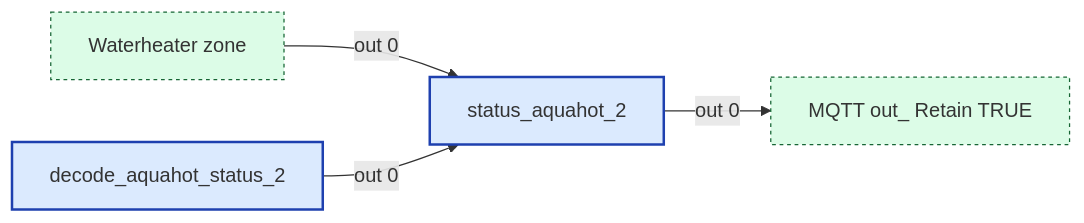
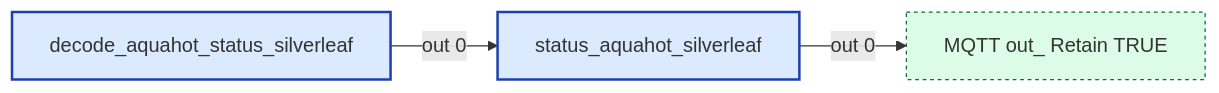
The fifth of 5 diagrams in src/wiring/aquahot.md (Backroads4Me/librecoach-node-red), drawn with Mermaid before and after one commit. The commit also changed other lines of this file and 5 other files, not shown here.

````diff
--- a/src/wiring/aquahot.md
+++ b/src/wiring/aquahot.md
@@ -174,16 +196,14 @@
 ```mermaid
 flowchart LR
   classDef fn fill:#dbeafe,stroke:#1e40af,stroke-width:2px
   classDef ui fill:#ede9fe,stroke:#5b21b6,stroke-width:2px
   classDef sub fill:#fef3c7,stroke:#92400e,stroke-width:2px
   classDef link fill:#dcfce7,stroke:#166534,stroke-width:1px,stroke-dasharray:3 3
   classDef config fill:#f3f4f6,stroke:#6b7280,stroke-width:1px,stroke-dasharray:2 2
   classDef disabled opacity:0.5,stroke-dasharray:4 4
   n_1c1403c14b57["MQTT out_ Retain TRUE"]:::link
-  n_443fd5ec55d7["status_aquahot_2"]:::fn
-  n_914be705da05["Waterheater zone"]:::link
-  n_a6985e36ac9c["decode_aquahot_status_2"]:::fn
-  n_443fd5ec55d7 -->|out 0| n_1c1403c14b57
-  n_914be705da05 -->|out 0| n_443fd5ec55d7
-  n_a6985e36ac9c -->|out 0| n_443fd5ec55d7
+  n_43cd836c21f6["status_aquahot_silverleaf"]:::fn
+  n_5e7062bde869["decode_aquahot_status_silverleaf"]:::fn
+  n_43cd836c21f6 -->|out 0| n_1c1403c14b57
+  n_5e7062bde869 -->|out 0| n_43cd836c21f6
 ```
````
